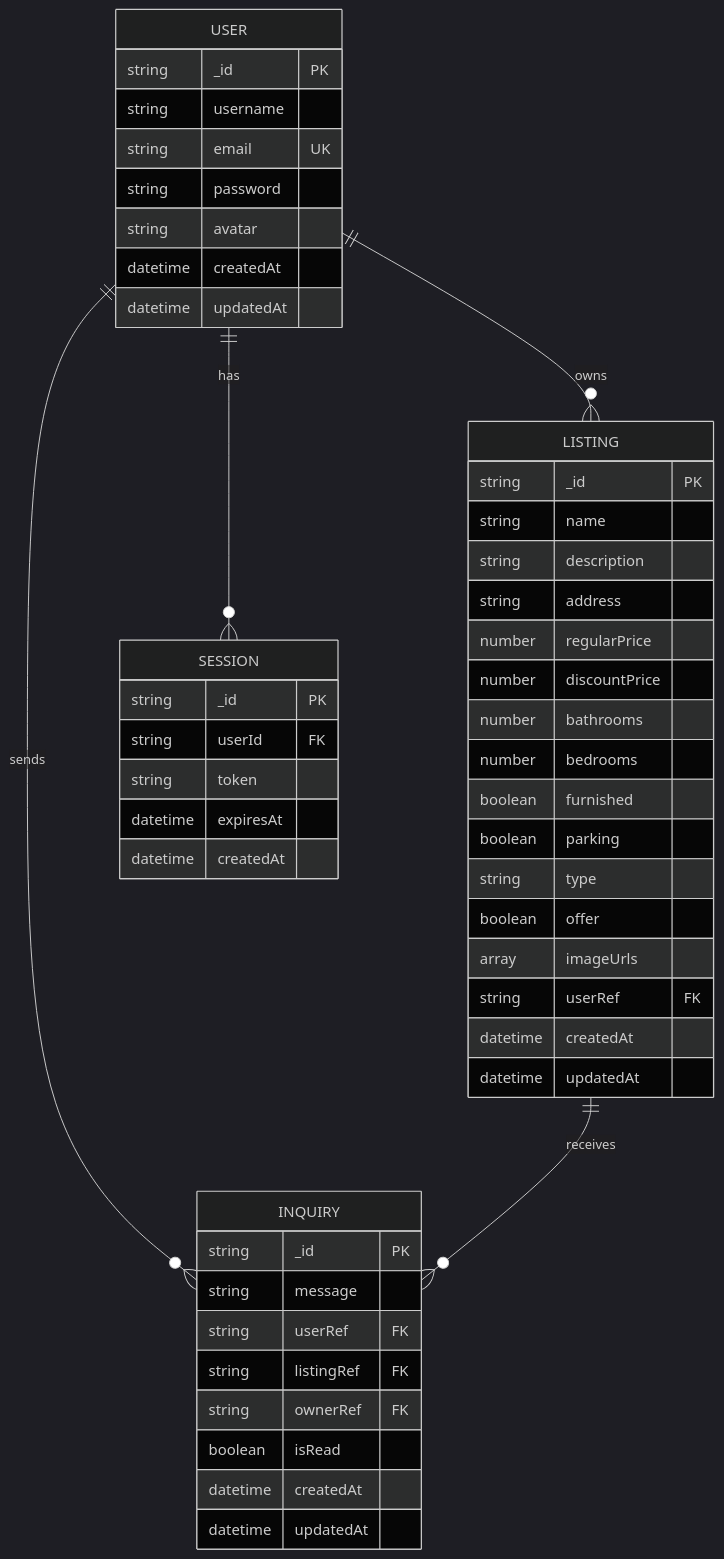
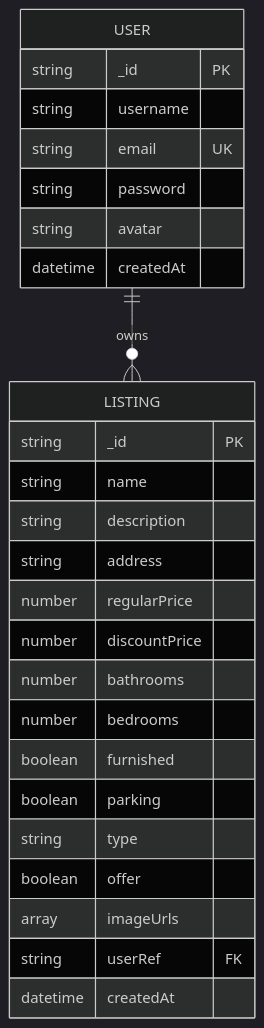
The second of 2 diagrams in README.md (im-shafiqurrehman/RealEstate-Mern), drawn with Mermaid (dark theme) before and after one commit. The commit also changed other lines of this file, not shown here.

````diff
--- a/README.md
+++ b/README.md
@@ -229,55 +50,31 @@
 ```mermaid
 erDiagram
     USER {
         string _id PK
         string username
         string email UK
         string password
         string avatar
         datetime createdAt
-        datetime updatedAt
     }
     
     LISTING {
         string _id PK
         string name
         string description
         string address
         number regularPrice
         number discountPrice
         number bathrooms
         number bedrooms
         boolean furnished
         boolean parking
         string type
         boolean offer
         array imageUrls
         string userRef FK
         datetime createdAt
-        datetime updatedAt
-    }
-    
-    INQUIRY {
-        string _id PK
-        string message
-        string userRef FK
-        string listingRef FK
-        string ownerRef FK
-        boolean isRead
-        datetime createdAt
-        datetime updatedAt
-    }
-    
-    SESSION {
-        string _id PK
-        string userId FK
-        string token
-        datetime expiresAt
-        datetime createdAt
     }
     
     USER ||--o{ LISTING : owns
-    USER ||--o{ INQUIRY : sends
-    LISTING ||--o{ INQUIRY : receives
-    USER ||--o{ SESSION : has
 ```
````
